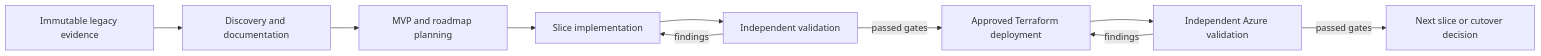
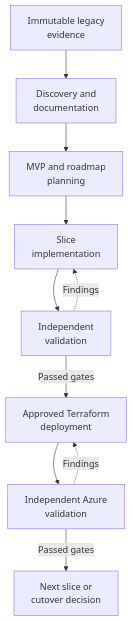
The diagram in README.md (JDGrillo/ghcp-modernization-labs), drawn with Mermaid before and after one commit.

Commit message:
diagram updates

````diff
--- a/README.md
+++ b/README.md
@@ -11,12 +11,12 @@
 ```mermaid
-flowchart LR
-    L["Immutable legacy evidence"] --> D["Discovery and documentation"]
-    D --> P["MVP and roadmap planning"]
-    P --> I["Slice implementation"]
-    I --> V["Independent validation"]
-    V -->|findings| I
-    V -->|passed gates| A["Approved Terraform deployment"]
-    A --> X["Independent Azure validation"]
-    X -->|findings| A
-    X -->|passed gates| N["Next slice or cutover decision"]
+flowchart TB
+  L["Immutable legacy<br/>evidence"] --> D["Discovery and<br/>documentation"]
+  D --> P["MVP and roadmap<br/>planning"]
+  P --> I["Slice<br/>implementation"]
+  I --> V["Independent<br/>validation"]
+  V -->|Passed gates| A["Approved Terraform<br/>deployment"]
+  A --> X["Independent Azure<br/>validation"]
+  X -->|Passed gates| N["Next slice or<br/>cutover decision"]
+  V -. Findings .-> I
+  X -. Findings .-> A
 ```
````
